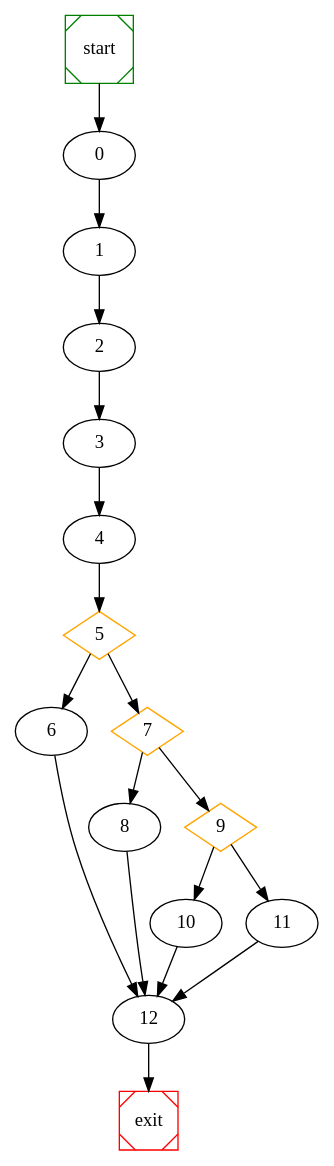
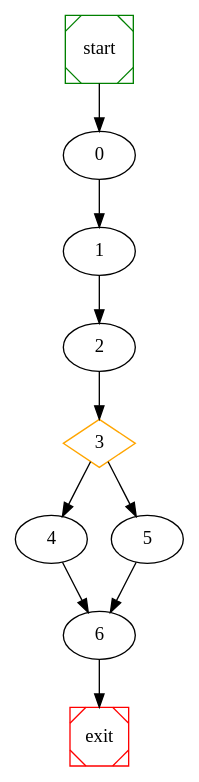
One commit to NabeelQaiser/BTP_2k18-19 changed the diagram in se/raw_graph.dot. Above: the diagram before and after it, drawn with Graphviz. The commit also changed 45 other files, not shown here.

```diff
--- a/se/raw_graph.dot
+++ b/se/raw_graph.dot
@@ -1,27 +1,17 @@
 # dot file created at runtime
 
 digraph G {
 	start -> 0;
 	0 -> 1 ;
 	1 -> 2 ;
+	3 [shape=diamond, color=orange] ;
+	3 -> 4 ;
+	3 -> 5 ;
 	2 -> 3 ;
-	3 -> 4 ;
-	5 [shape=diamond, color=orange] ;
+	4 -> 6 ;
 	5 -> 6 ;
-	7 [shape=diamond, color=orange] ;
-	5 -> 7 ;
-	7 -> 8 ;
-	9 [shape=diamond, color=orange] ;
-	7 -> 9 ;
-	9 -> 10 ;
-	9 -> 11 ;
-	4 -> 5 ;
-	10 -> 12 ;
-	11 -> 12 ;
-	8 -> 12 ;
-	6 -> 12 ;
-	12 -> exit;
+	6 -> exit;
 
 	start [shape=Msquare, color=green];
 	exit [shape=Msquare, color=red];
 }
```
